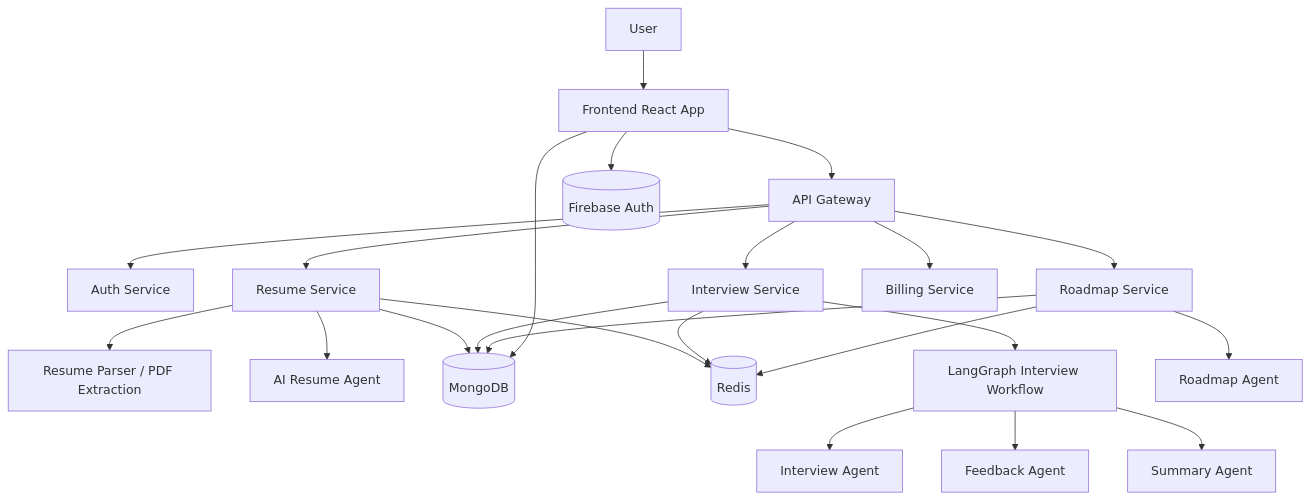
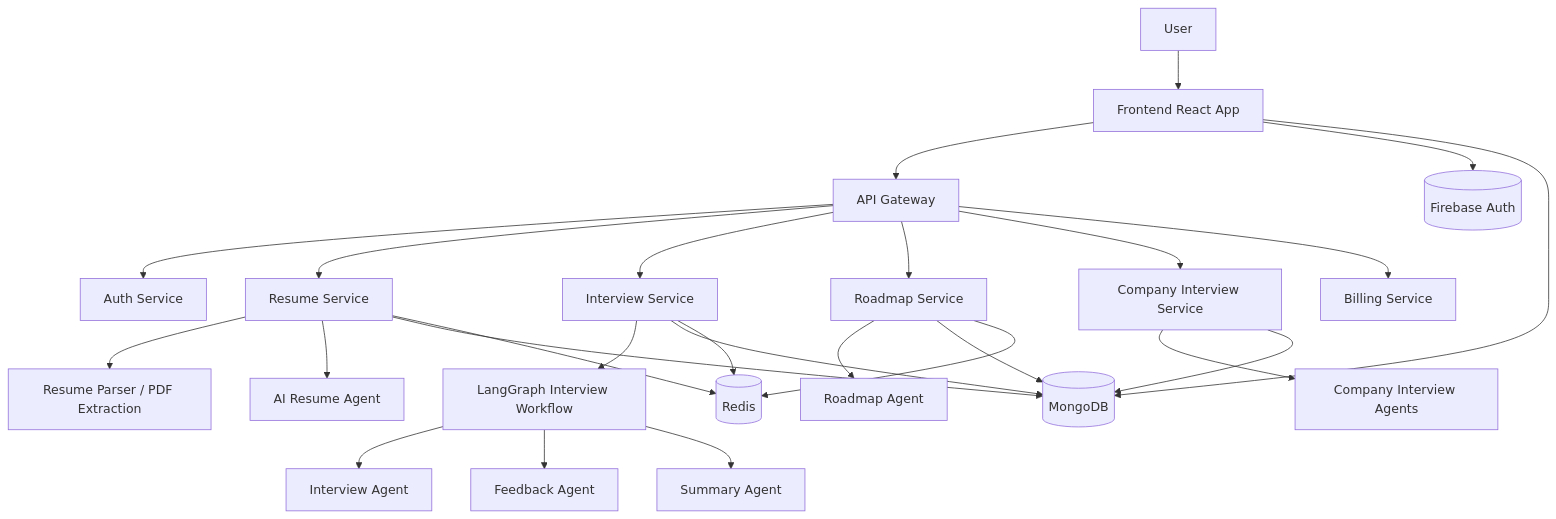
Before and after one commit to Tushar-Sharma-hub/PathGenie: the first of 2 diagrams in README.md, drawn with Mermaid. The commit also changed other lines of this file and 14 other files, not shown here.

````diff
--- a/README.md
+++ b/README.md
@@ -127,29 +127,33 @@
 ```mermaid
 flowchart TD
     A[User] --> B[Frontend React App]
     B --> C[API Gateway]
     C --> D[Auth Service]
     C --> E[Resume Service]
     C --> F[Interview Service]
     C --> G[Roadmap Service]
-    C --> H[Billing Service]
+    C --> H[Company Interview Service]
+    C --> I[Billing Service]
 
-    E --> I[Resume Parser / PDF Extraction]
-    E --> J[AI Resume Agent]
-    E --> K[(MongoDB)]
-    E --> L[(Redis)]
+    E --> J[Resume Parser / PDF Extraction]
+    E --> K[AI Resume Agent]
+    E --> L[(MongoDB)]
+    E --> M[(Redis)]
 
-    F --> M[LangGraph Interview Workflow]
-    M --> N[Interview Agent]
-    M --> O[Feedback Agent]
-    M --> P[Summary Agent]
-    F --> K
+    F --> N[LangGraph Interview Workflow]
+    N --> O[Interview Agent]
+    N --> P[Feedback Agent]
+    N --> Q[Summary Agent]
     F --> L
+    F --> M
 
-    G --> Q[Roadmap Agent]
-    G --> K
+    H --> S[Company Interview Agents]
+    H --> L
+
+    G --> R[Roadmap Agent]
     G --> L
+    G --> M
 
-    B --> R[(Firebase Auth)]
-    B --> K
+    B --> T[(Firebase Auth)]
+    B --> L
 ```
````
